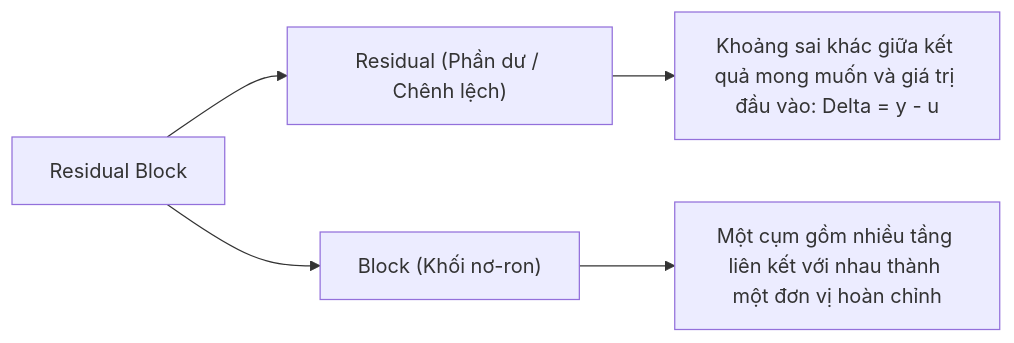
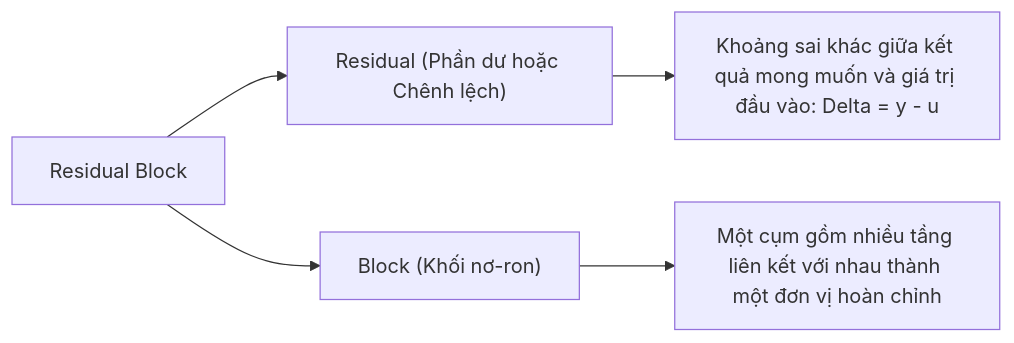
One commit to snowflake-vibing/Project-Experimental-TiDE changed the second of 3 diagrams in glossary/residual_block.md. Above: the diagram before and after it, drawn with Mermaid. The commit also changed other lines of this file and 17 other files, not shown here.

````diff
--- a/glossary/residual_block.md
+++ b/glossary/residual_block.md
@@ -43,9 +44,9 @@
 ```mermaid
 flowchart LR
     Term["Residual Block"]
-    Term --> P1["Residual (Phần dư / Chênh lệch)"]
+    Term --> P1["Residual (Phần dư hoặc Chênh lệch)"]
     Term --> P2["Block (Khối nơ-ron)"]
 
     P1 --> D1["Khoảng sai khác giữa kết quả mong muốn và giá trị đầu vào: Delta = y - u"]
     P2 --> D2["Một cụm gồm nhiều tầng liên kết với nhau thành một đơn vị hoàn chỉnh"]
 ```
````
